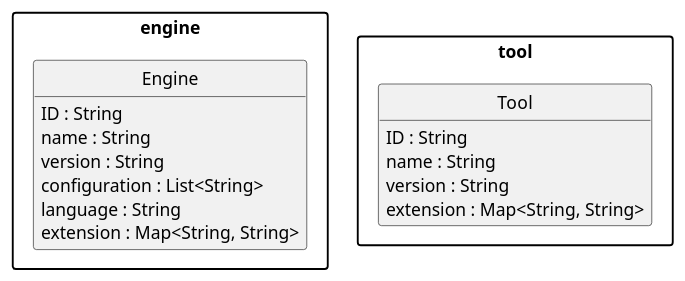
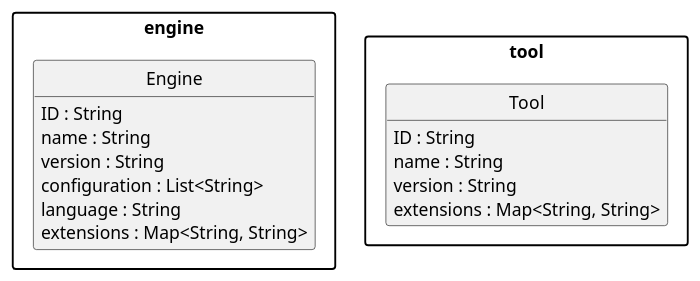
The diagram in pebl/doc/result-tool-engine.puml (uniba-dsg/betsy), drawn with PlantUML before and after one commit. The commit also changed 175 other files, not shown here.

```diff
--- a/pebl/doc/result-tool-engine.puml
+++ b/pebl/doc/result-tool-engine.puml
@@ -1,34 +1,34 @@
 @startuml
 
 package "engine" {
 
 	class Engine {
 	  ID : String
 	  name : String
 	  version : String
 	  configuration : List<String>
 	  language : String
-	  extension : Map<String, String>
+	  extensions : Map<String, String>
 	}
 
 }
 
 package "tool" {
 
 	class Tool {
 	  ID : String
 	  name : String
 	  version : String
-	  extension : Map<String, String>
+	  extensions : Map<String, String>
 	}
 }
 
 
 hide empty members
 hide empty methods
 hide circle
 
 skinparam monochrome true
 skinparam shadowing false
 skinparam packageStyle rect
 @enduml
```
